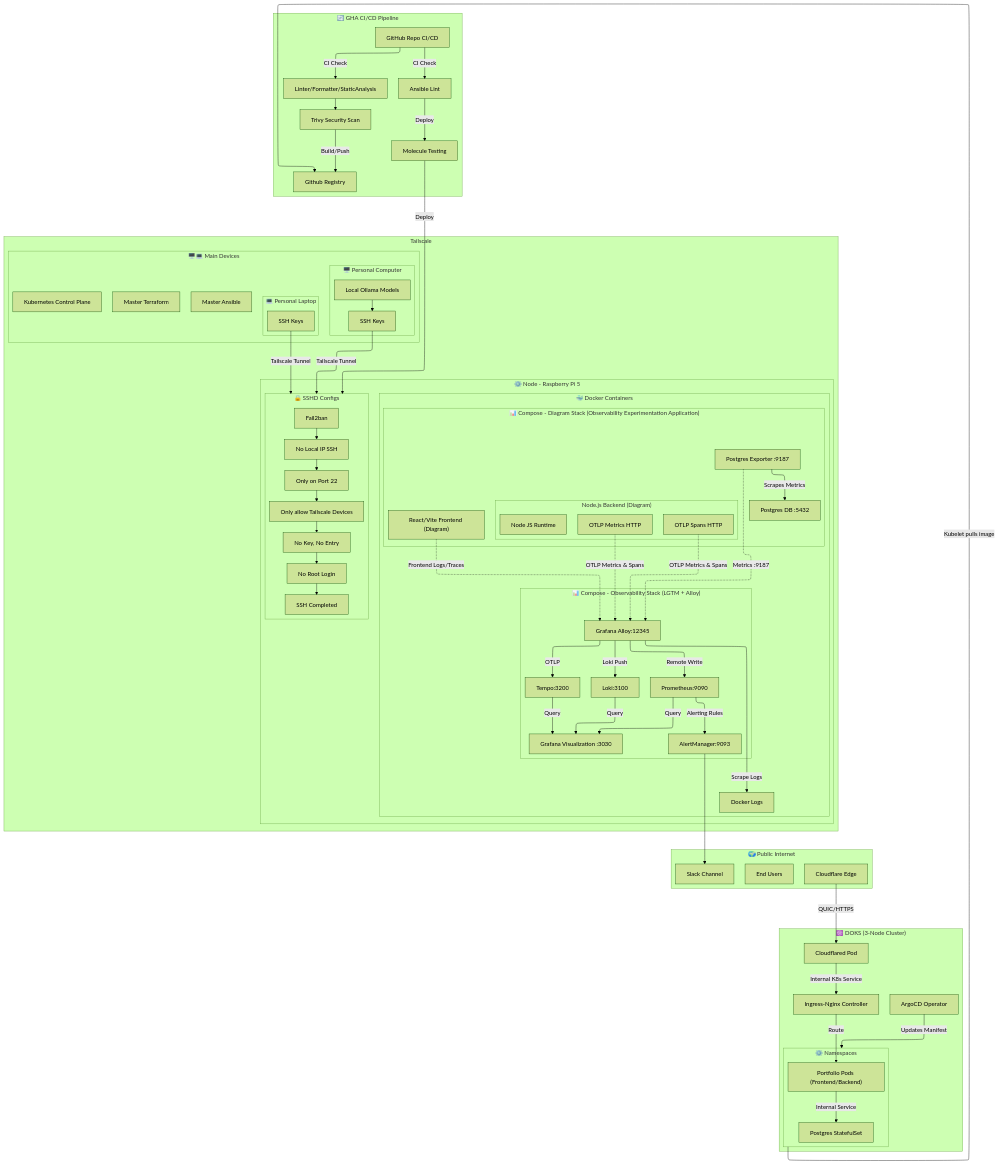
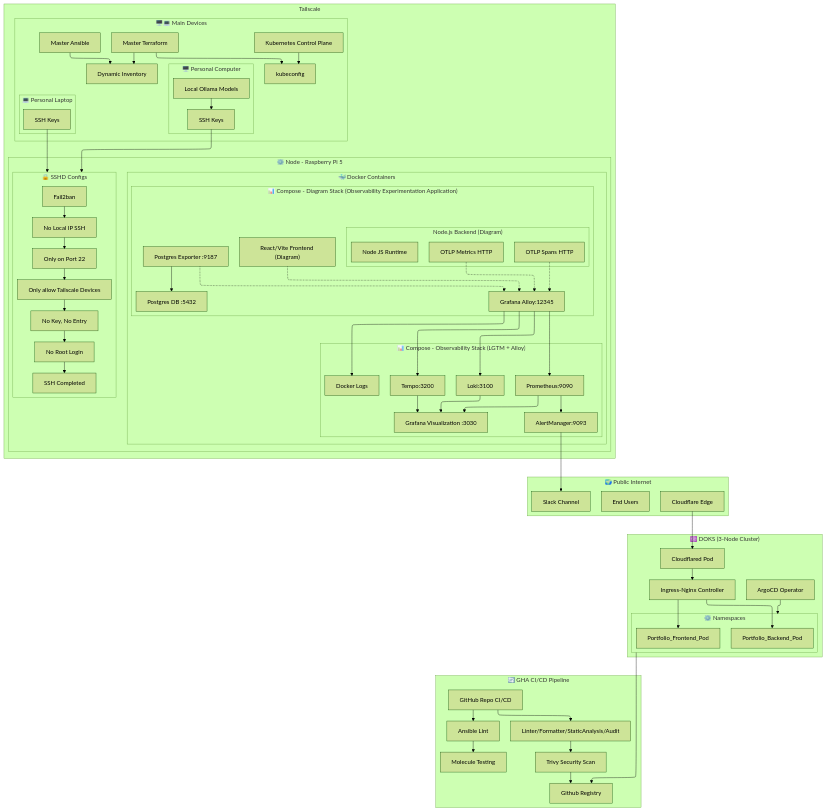
Before and after one commit to notseekeru/notseekeru: the diagram in README.md, drawn with Mermaid (forest theme).

Commit message:
chore: update diagram

````diff
--- a/README.md
+++ b/README.md
@@ -66,25 +66,35 @@
     CloudflareEdge["Cloudflare Edge"]
   end
 
-
   subgraph CI_CD["🔄 GHA CI/CD Pipeline"]
     Git["GitHub Repo CI/CD"]
     ALint["Ansible Lint"]
     Molecule["Molecule Testing"]
-    CiCheck["Linter/Formatter/StaticAnalysis"]
+    CiCheck["Linter/Formatter/StaticAnalysis/Audit"]
     Trivy["Trivy Security Scan"]
     GHCR["Github Registry"]
+
+    Git --> ALint & CiCheck
+    CiCheck --> Trivy
+    ALint --> Molecule
+    Trivy --> GHCR
   end
 
-subgraph Tailscale["Tailscale"]
+  subgraph Tailscale["Tailscale"]
     subgraph MainDevices["🖥️💻 Main Devices"]
-      
       MainPC["MainPC"]
       MainLaptop["MainLaptop"]
       Ansible["Master Ansible"]
       Terraform["Master Terraform"]
       Kubectl["Kubernetes Control Plane"]
+      Kubeconfig["kubeconfig"]
+      DynamicInven["Dynamic Inventory"]
     end
+
+    Kubectl --> Kubeconfig
+    Terraform --> Kubeconfig
+    Terraform --> DynamicInven
+    Ansible --> DynamicInven
 
     subgraph MainPC["🖥️ Personal Computer"]
       Ollama["Local Ollama Models"] --> SSH1["SSH Keys"]
@@ -92,6 +102,8 @@
     subgraph MainLaptop["💻 Personal Laptop"]
       SSH2["SSH Keys"]
     end
+
+    SSH1 & SSH2 --> SSHD1
 
     subgraph Pi5["⚙️ Node - Raspberry Pi 5"]
       subgraph SSHD1["🔒 SSHD Configs"]
@@ -110,6 +122,11 @@
           end
           Postgres["Postgres DB :5432"]
           PostgresExporter["Postgres Exporter :9187"]
+
+          Frontend2 -.-> Alloy
+          OTLPDep & OTLPDep2 -.-> Alloy
+          PostgresExporter --> Postgres
+          PostgresExporter -.-> Alloy
         end
 
         subgraph ObservabilityStack["📊 Compose - Observability Stack (LGTM + Alloy)"]
@@ -119,6 +136,14 @@
           Tempo["Tempo:3200"]
           Grafana["Grafana Visualization :3030"]
           AManager["AlertManager:9093"]
+
+          Alloy --> DLogs
+          Alloy --> Prom
+          Alloy --> Loki
+          Alloy --> Tempo
+          Prom & Loki & Tempo --> Grafana
+          Prom --> AManager
+          AManager --> Slack
         end
       end
     end
@@ -130,37 +155,17 @@
     TunnelPod["Cloudflared Pod"]
 
     subgraph Workloads["⚙️ Namespaces"]
-      AppPod["Portfolio Pods (Frontend/Backend)"]
-      DBPod["Postgres StatefulSet"]
+      Portfolio_Frontend_Pod
+      Portfolio_Backend_Pod
     end
+
+    CloudflareEdge --> TunnelPod
+    ArgoCD --> Workloads
+    TunnelPod --> Ingress
+    Ingress --> Portfolio_Frontend_Pod
+    Ingress --> Portfolio_Backend_Pod
+    Workloads --> GHCR
   end
-
-  Workloads -- Kubelet pulls image --> GHCR
-  ArgoCD -- Updates Manifest --> Workloads
-  TunnelPod -- Internal K8s Service --> Ingress
-  Ingress -- Route --> AppPod
-  AppPod -- Internal Service --> DBPod
-
-  CloudflareEdge -- QUIC/HTTPS --> TunnelPod
-  Git -- CI Check --> ALint & CiCheck
-  CiCheck --> Trivy
-  ALint -- Deploy --> Molecule
-  Molecule -- Deploy --> SSHD1
-  Trivy -- Build/Push --> GHCR
-
-  SSH1 & SSH2 -- Tailscale Tunnel --> SSHD1
-
-  Alloy -- Scrape Logs --> DLogs
-  Alloy -- Remote Write --> Prom
-  Alloy -- Loki Push --> Loki
-  Alloy -- OTLP --> Tempo
-  Prom & Loki & Tempo -- Query --> Grafana
-  Prom -- Alerting Rules --> AManager --> Slack
-
-  Frontend2 -. Frontend Logs/Traces .-> Alloy
-  OTLPDep & OTLPDep2 -. OTLP Metrics & Spans .-> Alloy
-  PostgresExporter -- Scrapes Metrics --> Postgres
-  PostgresExporter -. Metrics :9187 .-> Alloy
 
 
 ```
````
